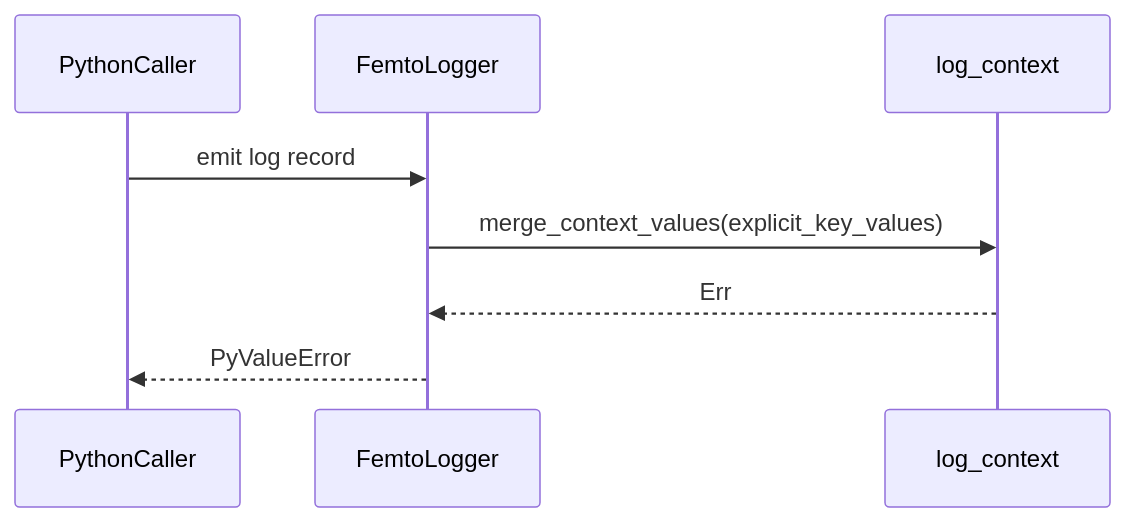
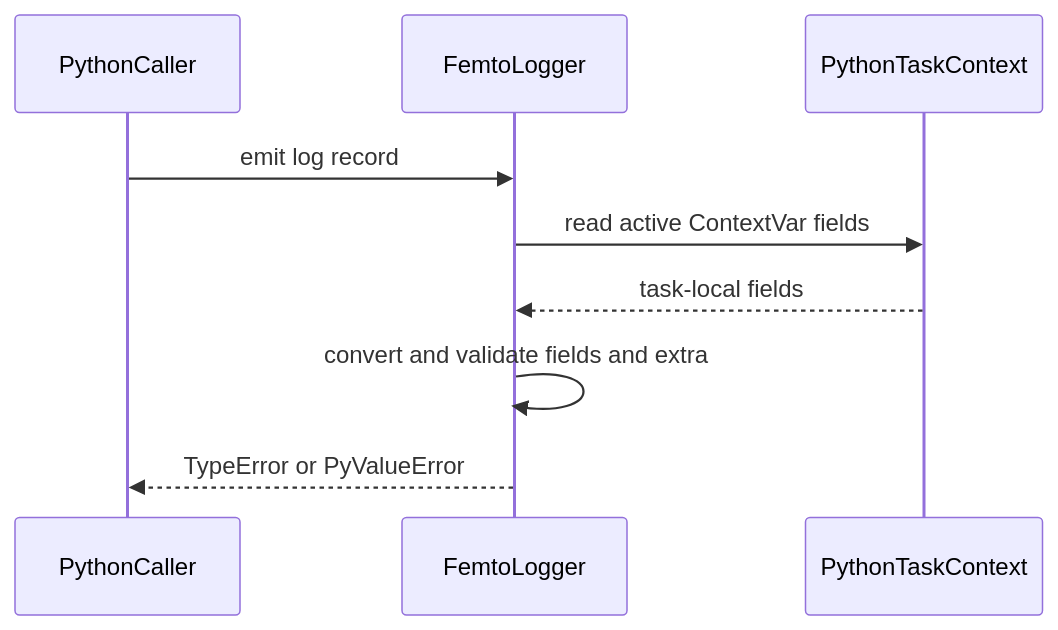
One commit to leynos/femtologging changed the fifth of 7 diagrams in docs/rust-multithreaded-logging-framework-for-python-design.md. Above: the diagram before and after it, drawn with Mermaid. The commit also changed other lines of this file and 28 other files, not shown here.

First line of the commit message:
Make scoped log context task-safe (#433) (#454)

````diff
--- a/docs/rust-multithreaded-logging-framework-for-python-design.md
+++ b/docs/rust-multithreaded-logging-framework-for-python-design.md
@@ -999,11 +1006,12 @@
 ```mermaid
 sequenceDiagram
     participant Caller as PythonCaller
     participant Logger as FemtoLogger
-    participant Context as log_context
+    participant Context as PythonTaskContext
 
     Caller->>Logger: emit log record
-    Logger->>Context: merge_context_values(explicit_key_values)
-    Context-->>Logger: Err
-    Logger-->>Caller: PyValueError
+    Logger->>Context: read active ContextVar fields
+    Context-->>Logger: task-local fields
+    Logger->>Logger: convert and validate fields and extra
+    Logger-->>Caller: TypeError or PyValueError
 ```
````
